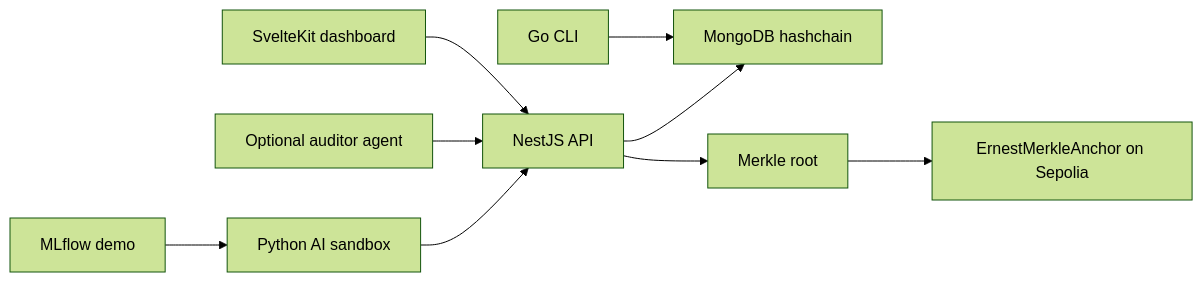
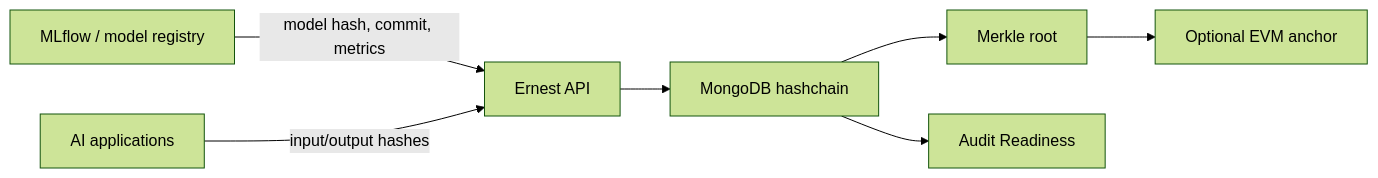
Before and after one commit to ccastromar/ai-blockchain-provenance: the diagram in README.md, drawn with Mermaid (forest theme). The commit also changed other lines of this file, not shown here.

````diff
--- a/README.md
+++ b/README.md
@@ -43,11 +100,17 @@
 ```mermaid
 flowchart LR
-  UI["SvelteKit dashboard"] --> API["NestJS API"]
-  CLI["Go CLI"] --> Mongo["MongoDB hashchain"]
-  API --> Mongo
-  API --> Merkle["Merkle root"]
-  Merkle --> Contract["ErnestMerkleAnchor on Sepolia"]
-  MLflow["MLflow demo"] --> Sandbox["Python AI sandbox"]
-  Auditor["Optional auditor agent"] --> API
-  Sandbox["Python AI sandbox"] --> API
+  MLflow["MLflow / model registry"]
+  Apps["AI applications"]
+  API["Ernest API"]
+  Hashchain["MongoDB hashchain"]
+  Merkle["Merkle root"]
+  Anchor["Optional EVM anchor"]
+  Review["Audit Readiness"]
+
+  MLflow -->|"model hash, commit, metrics"| API
+  Apps -->|"input/output hashes"| API
+  API --> Hashchain
+  Hashchain --> Merkle
+  Merkle --> Anchor
+  Hashchain --> Review
 ```
````
